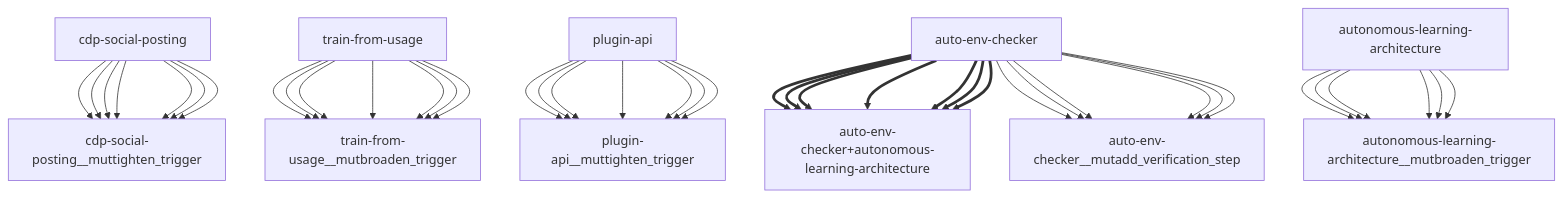
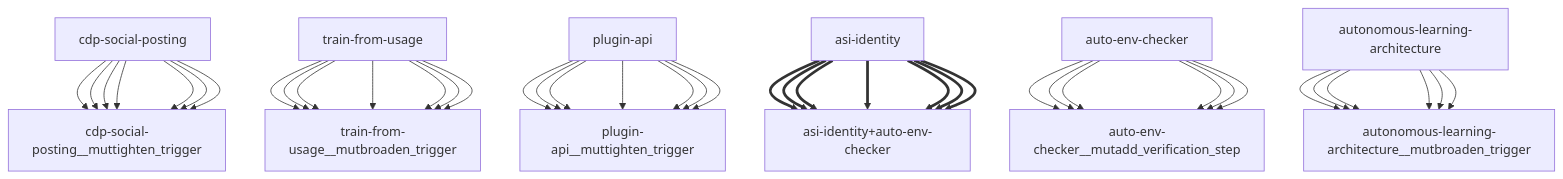
The diagram in reports/darwin-report.md (openamer/openamer), drawn with Mermaid before and after one commit. The commit also changed other lines of this file and 15 other files, not shown here.

````diff
--- a/reports/darwin-report.md
+++ b/reports/darwin-report.md
@@ -66,43 +67,43 @@
 ```mermaid
 graph TD
     cdp-social-posting["cdp-social-posting"] --> cdp-social-posting__muttighten_trigger["cdp-social-posting__muttighten_trigger"]
     train-from-usage["train-from-usage"] --> train-from-usage__mutbroaden_trigger["train-from-usage__mutbroaden_trigger"]
     plugin-api["plugin-api"] --> plugin-api__muttighten_trigger["plugin-api__muttighten_trigger"]
-    auto-env-checker["auto-env-checker"] ==> auto-env-checker+autonomous-learning-architecture["auto-env-checker+autonomous-learning-architecture"]
+    asi-identity["asi-identity"] ==> asi-identity+auto-env-checker["asi-identity+auto-env-checker"]
     auto-env-checker["auto-env-checker"] --> auto-env-checker__mutadd_verification_step["auto-env-checker__mutadd_verification_step"]
     autonomous-learning-architecture["autonomous-learning-architecture"] --> autonomous-learning-architecture__mutbroaden_trigger["autonomous-learning-architecture__mutbroaden_trigger"]
     cdp-social-posting["cdp-social-posting"] --> cdp-social-posting__muttighten_trigger["cdp-social-posting__muttighten_trigger"]
     train-from-usage["train-from-usage"] --> train-from-usage__mutbroaden_trigger["train-from-usage__mutbroaden_trigger"]
     plugin-api["plugin-api"] --> plugin-api__muttighten_trigger["plugin-api__muttighten_trigger"]
-    auto-env-checker["auto-env-checker"] ==> auto-env-checker+autonomous-learning-architecture["auto-env-checker+autonomous-learning-architecture"]
+    asi-identity["asi-identity"] ==> asi-identity+auto-env-checker["asi-identity+auto-env-checker"]
     auto-env-checker["auto-env-checker"] --> auto-env-checker__mutadd_verification_step["auto-env-checker__mutadd_verification_step"]
     autonomous-learning-architecture["autonomous-learning-architecture"] --> autonomous-learning-architecture__mutbroaden_trigger["autonomous-learning-architecture__mutbroaden_trigger"]
     cdp-social-posting["cdp-social-posting"] --> cdp-social-posting__muttighten_trigger["cdp-social-posting__muttighten_trigger"]
     train-from-usage["train-from-usage"] --> train-from-usage__mutbroaden_trigger["train-from-usage__mutbroaden_trigger"]
     plugin-api["plugin-api"] --> plugin-api__muttighten_trigger["plugin-api__muttighten_trigger"]
-    auto-env-checker["auto-env-checker"] ==> auto-env-checker+autonomous-learning-architecture["auto-env-checker+autonomous-learning-architecture"]
+    asi-identity["asi-identity"] ==> asi-identity+auto-env-checker["asi-identity+auto-env-checker"]
     auto-env-checker["auto-env-checker"] --> auto-env-checker__mutadd_verification_step["auto-env-checker__mutadd_verification_step"]
     autonomous-learning-architecture["autonomous-learning-architecture"] --> autonomous-learning-architecture__mutbroaden_trigger["autonomous-learning-architecture__mutbroaden_trigger"]
     cdp-social-posting["cdp-social-posting"] --> cdp-social-posting__muttighten_trigger["cdp-social-posting__muttighten_trigger"]
     train-from-usage["train-from-usage"] --> train-from-usage__mutbroaden_trigger["train-from-usage__mutbroaden_trigger"]
     plugin-api["plugin-api"] --> plugin-api__muttighten_trigger["plugin-api__muttighten_trigger"]
-    auto-env-checker["auto-env-checker"] ==> auto-env-checker+autonomous-learning-architecture["auto-env-checker+autonomous-learning-architecture"]
+    asi-identity["asi-identity"] ==> asi-identity+auto-env-checker["asi-identity+auto-env-checker"]
     auto-env-checker["auto-env-checker"] --> auto-env-checker__mutadd_verification_step["auto-env-checker__mutadd_verification_step"]
     autonomous-learning-architecture["autonomous-learning-architecture"] --> autonomous-learning-architecture__mutbroaden_trigger["autonomous-learning-architecture__mutbroaden_trigger"]
     cdp-social-posting["cdp-social-posting"] --> cdp-social-posting__muttighten_trigger["cdp-social-posting__muttighten_trigger"]
     train-from-usage["train-from-usage"] --> train-from-usage__mutbroaden_trigger["train-from-usage__mutbroaden_trigger"]
     plugin-api["plugin-api"] --> plugin-api__muttighten_trigger["plugin-api__muttighten_trigger"]
-    auto-env-checker["auto-env-checker"] ==> auto-env-checker+autonomous-learning-architecture["auto-env-checker+autonomous-learning-architecture"]
+    asi-identity["asi-identity"] ==> asi-identity+auto-env-checker["asi-identity+auto-env-checker"]
     auto-env-checker["auto-env-checker"] --> auto-env-checker__mutadd_verification_step["auto-env-checker__mutadd_verification_step"]
     autonomous-learning-architecture["autonomous-learning-architecture"] --> autonomous-learning-architecture__mutbroaden_trigger["autonomous-learning-architecture__mutbroaden_trigger"]
     cdp-social-posting["cdp-social-posting"] --> cdp-social-posting__muttighten_trigger["cdp-social-posting__muttighten_trigger"]
     train-from-usage["train-from-usage"] --> train-from-usage__mutbroaden_trigger["train-from-usage__mutbroaden_trigger"]
     plugin-api["plugin-api"] --> plugin-api__muttighten_trigger["plugin-api__muttighten_trigger"]
-    auto-env-checker["auto-env-checker"] ==> auto-env-checker+autonomous-learning-architecture["auto-env-checker+autonomous-learning-architecture"]
+    asi-identity["asi-identity"] ==> asi-identity+auto-env-checker["asi-identity+auto-env-checker"]
     auto-env-checker["auto-env-checker"] --> auto-env-checker__mutadd_verification_step["auto-env-checker__mutadd_verification_step"]
     autonomous-learning-architecture["autonomous-learning-architecture"] --> autonomous-learning-architecture__mutbroaden_trigger["autonomous-learning-architecture__mutbroaden_trigger"]
     cdp-social-posting["cdp-social-posting"] --> cdp-social-posting__muttighten_trigger["cdp-social-posting__muttighten_trigger"]
     train-from-usage["train-from-usage"] --> train-from-usage__mutbroaden_trigger["train-from-usage__mutbroaden_trigger"]
     plugin-api["plugin-api"] --> plugin-api__muttighten_trigger["plugin-api__muttighten_trigger"]
-    auto-env-checker["auto-env-checker"] ==> auto-env-checker+autonomous-learning-architecture["auto-env-checker+autonomous-learning-architecture"]
+    asi-identity["asi-identity"] ==> asi-identity+auto-env-checker["asi-identity+auto-env-checker"]
 ```
````
